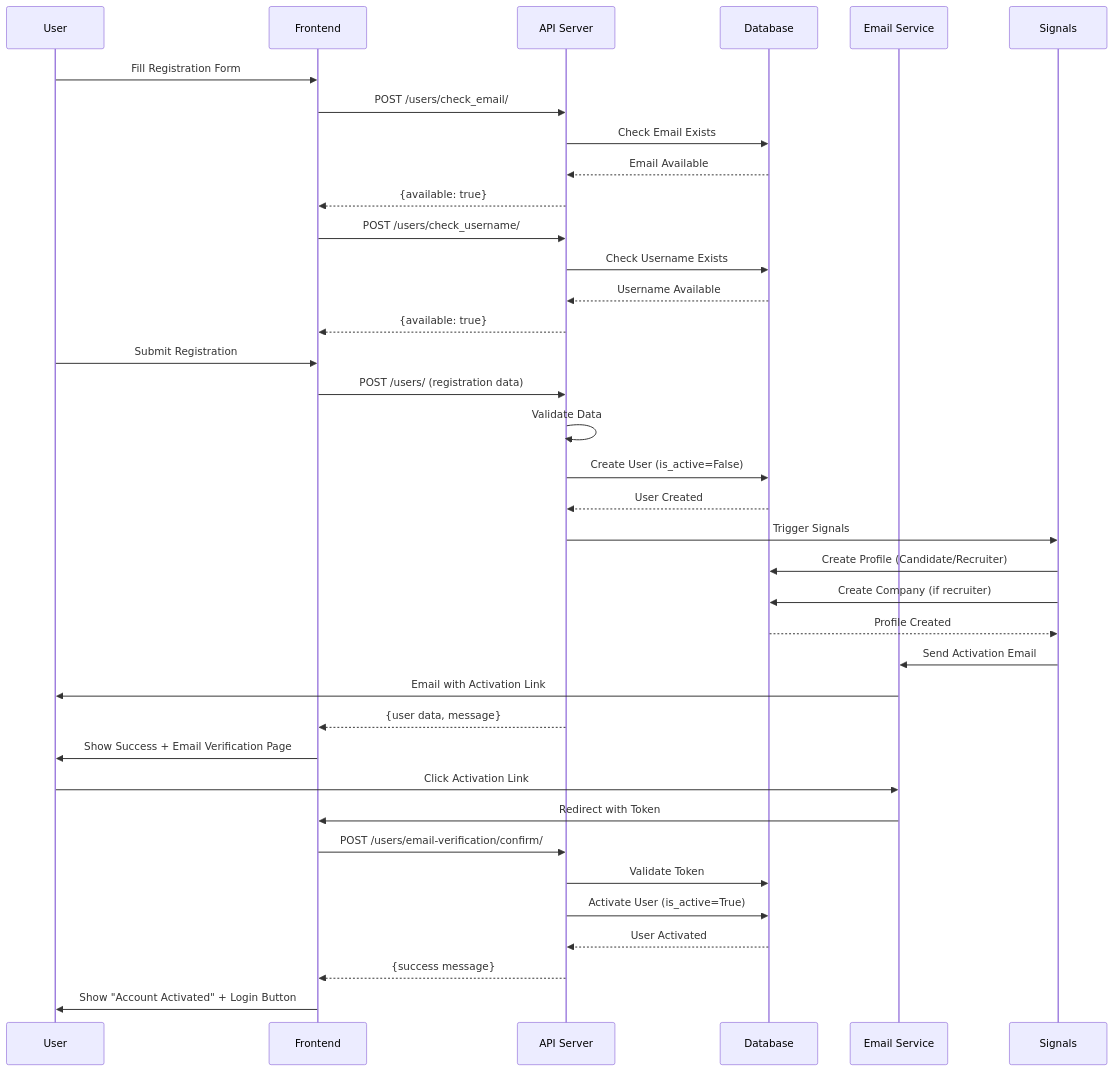
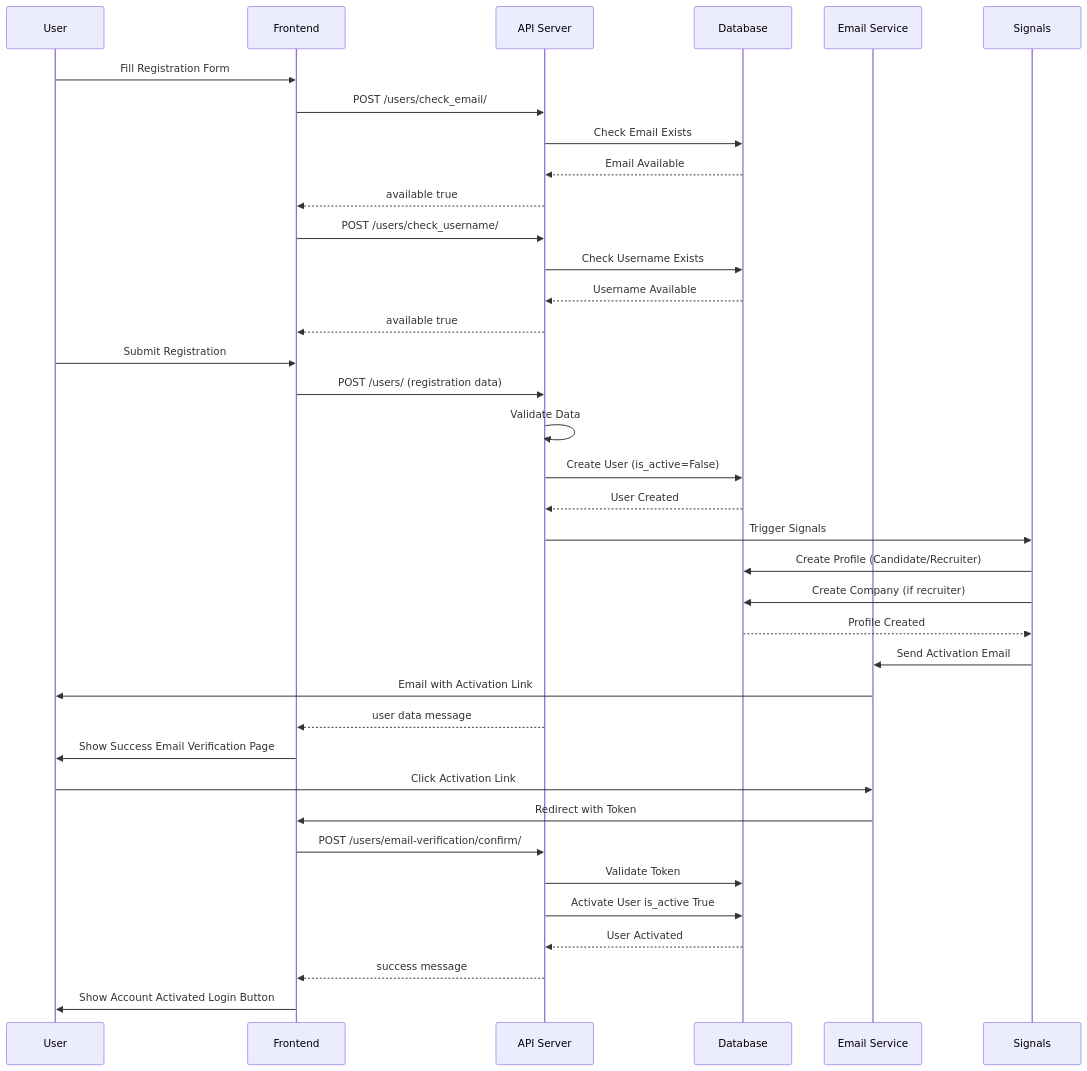
The third of 17 diagrams in SYSTEM_DOCUMENTATION.md (adil77672/recruitment-platform-docs), drawn with Mermaid before and after one commit. The commit also changed other lines of this file, not shown here.

````diff
--- a/SYSTEM_DOCUMENTATION.md
+++ b/SYSTEM_DOCUMENTATION.md
@@ -622,43 +622,43 @@
 ```mermaid
 sequenceDiagram
     participant U as User
     participant F as Frontend
     participant API as API Server
     participant DB as Database
     participant E as Email Service
     participant S as Signals
     
     U->>F: Fill Registration Form
     F->>API: POST /users/check_email/
     API->>DB: Check Email Exists
     DB-->>API: Email Available
-    API-->>F: {available: true}
+    API-->>F: available true
     
     F->>API: POST /users/check_username/
     API->>DB: Check Username Exists
     DB-->>API: Username Available
-    API-->>F: {available: true}
+    API-->>F: available true
     
     U->>F: Submit Registration
     F->>API: POST /users/ (registration data)
     API->>API: Validate Data
     API->>DB: Create User (is_active=False)
     DB-->>API: User Created
     API->>S: Trigger Signals
     S->>DB: Create Profile (Candidate/Recruiter)
     S->>DB: Create Company (if recruiter)
     DB-->>S: Profile Created
     S->>E: Send Activation Email
     E->>U: Email with Activation Link
-    API-->>F: {user data, message}
-    F->>U: Show Success + Email Verification Page
+    API-->>F: user data message
+    F->>U: Show Success Email Verification Page
     
     U->>E: Click Activation Link
     E->>F: Redirect with Token
     F->>API: POST /users/email-verification/confirm/
     API->>DB: Validate Token
-    API->>DB: Activate User (is_active=True)
+    API->>DB: Activate User is_active True
     DB-->>API: User Activated
-    API-->>F: {success message}
-    F->>U: Show "Account Activated" + Login Button
+    API-->>F: success message
+    F->>U: Show Account Activated Login Button
 ```
````
